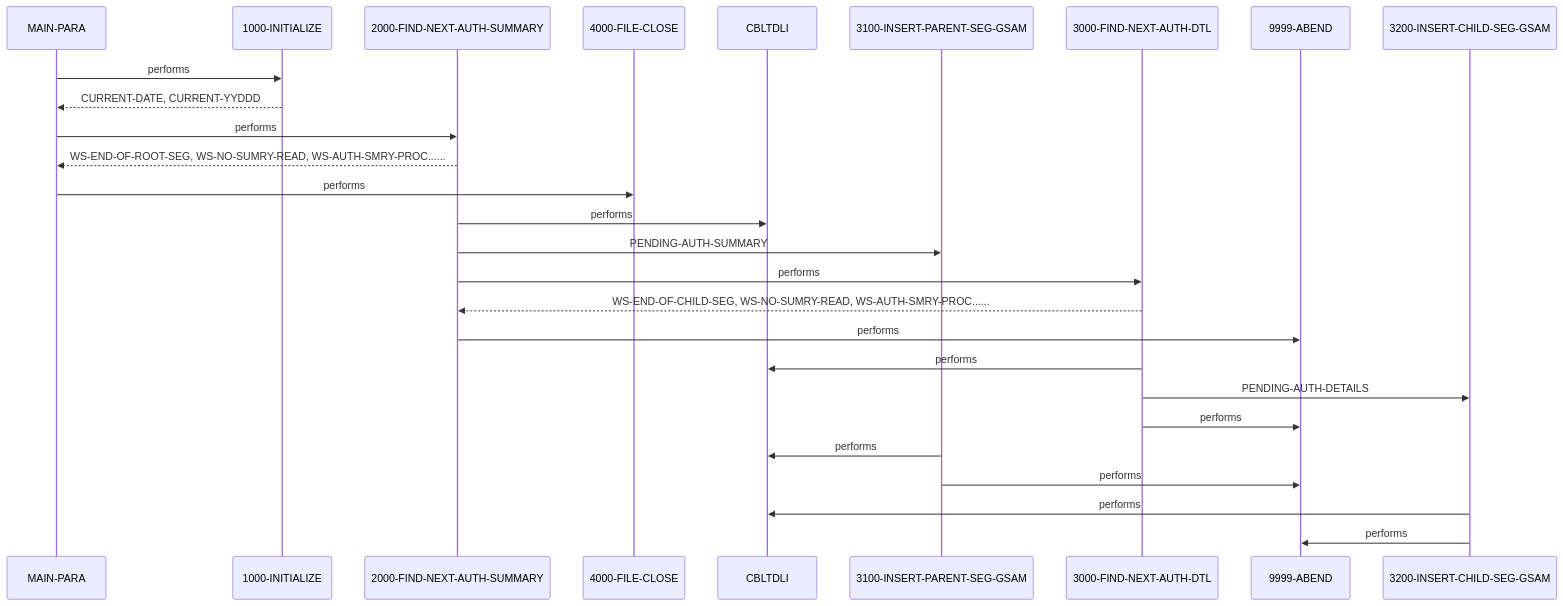
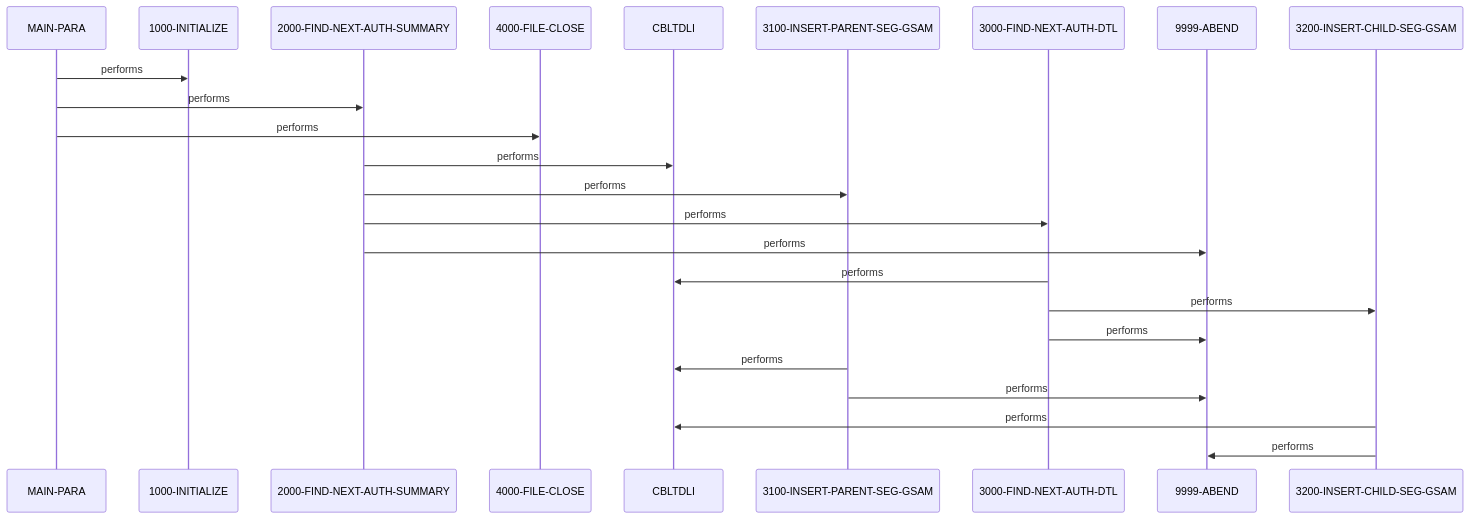
The second of 2 diagrams in example_output/cbl/DBUNLDGS.CBL.md (andrasfe/war_rig), drawn with Mermaid before and after one commit. The commit also changed other lines of this file and 300 other files, not shown here.

````diff
--- a/example_output/cbl/DBUNLDGS.CBL.md
+++ b/example_output/cbl/DBUNLDGS.CBL.md
@@ -200,20 +104,26 @@
 ```mermaid
 sequenceDiagram
-    MAIN-PARA->>1000-INITIALIZE: performs
-    1000-INITIALIZE-->>MAIN-PARA: CURRENT-DATE, CURRENT-YYDDD
-    MAIN-PARA->>2000-FIND-NEXT-AUTH-SUMMARY: performs
-    2000-FIND-NEXT-AUTH-SUMMARY-->>MAIN-PARA: WS-END-OF-ROOT-SEG, WS-NO-SUMRY-READ, WS-AUTH-SMRY-PROC......
-    MAIN-PARA->>4000-FILE-CLOSE: performs
-    2000-FIND-NEXT-AUTH-SUMMARY->>CBLTDLI: performs
-    2000-FIND-NEXT-AUTH-SUMMARY->>3100-INSERT-PARENT-SEG-GSAM: PENDING-AUTH-SUMMARY
-    2000-FIND-NEXT-AUTH-SUMMARY->>3000-FIND-NEXT-AUTH-DTL: performs
-    3000-FIND-NEXT-AUTH-DTL-->>2000-FIND-NEXT-AUTH-SUMMARY: WS-END-OF-CHILD-SEG, WS-NO-SUMRY-READ, WS-AUTH-SMRY-PROC......
-    2000-FIND-NEXT-AUTH-SUMMARY->>9999-ABEND: performs
-    3000-FIND-NEXT-AUTH-DTL->>CBLTDLI: performs
-    3000-FIND-NEXT-AUTH-DTL->>3200-INSERT-CHILD-SEG-GSAM: PENDING-AUTH-DETAILS
-    3000-FIND-NEXT-AUTH-DTL->>9999-ABEND: performs
-    3100-INSERT-PARENT-SEG-GSAM->>CBLTDLI: performs
-    3100-INSERT-PARENT-SEG-GSAM->>9999-ABEND: performs
-    3200-INSERT-CHILD-SEG-GSAM->>CBLTDLI: performs
-    3200-INSERT-CHILD-SEG-GSAM->>9999-ABEND: performs
+    participant MAIN_PARA as MAIN-PARA
+    participant 1000_INITIALIZE as 1000-INITIALIZE
+    participant 2000_FIND_NEXT_AUTH_SUMMARY as 2000-FIND-NEXT-AUTH-SUMMARY
+    participant 4000_FILE_CLOSE as 4000-FILE-CLOSE
+    participant CBLTDLI as CBLTDLI
+    participant 3100_INSERT_PARENT_SEG_GSAM as 3100-INSERT-PARENT-SEG-GSAM
+    participant 3000_FIND_NEXT_AUTH_DTL as 3000-FIND-NEXT-AUTH-DTL
+    participant 9999_ABEND as 9999-ABEND
+    participant 3200_INSERT_CHILD_SEG_GSAM as 3200-INSERT-CHILD-SEG-GSAM
+    MAIN_PARA->>1000_INITIALIZE: performs
+    MAIN_PARA->>2000_FIND_NEXT_AUTH_SUMMARY: performs
+    MAIN_PARA->>4000_FILE_CLOSE: performs
+    2000_FIND_NEXT_AUTH_SUMMARY->>CBLTDLI: performs
+    2000_FIND_NEXT_AUTH_SUMMARY->>3100_INSERT_PARENT_SEG_GSAM: performs
+    2000_FIND_NEXT_AUTH_SUMMARY->>3000_FIND_NEXT_AUTH_DTL: performs
+    2000_FIND_NEXT_AUTH_SUMMARY->>9999_ABEND: performs
+    3000_FIND_NEXT_AUTH_DTL->>CBLTDLI: performs
+    3000_FIND_NEXT_AUTH_DTL->>3200_INSERT_CHILD_SEG_GSAM: performs
+    3000_FIND_NEXT_AUTH_DTL->>9999_ABEND: performs
+    3100_INSERT_PARENT_SEG_GSAM->>CBLTDLI: performs
+    3100_INSERT_PARENT_SEG_GSAM->>9999_ABEND: performs
+    3200_INSERT_CHILD_SEG_GSAM->>CBLTDLI: performs
+    3200_INSERT_CHILD_SEG_GSAM->>9999_ABEND: performs
 ```
````
